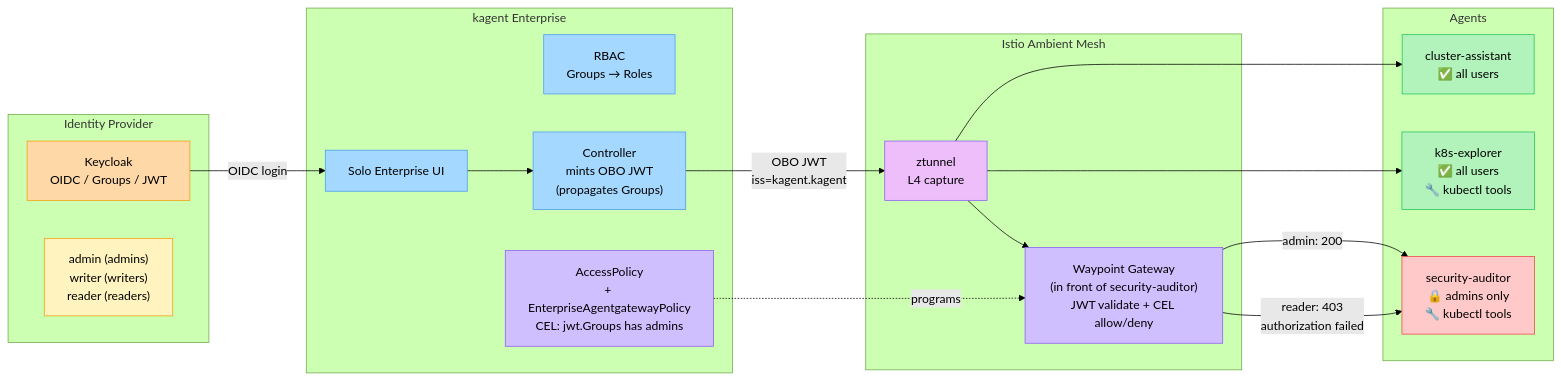
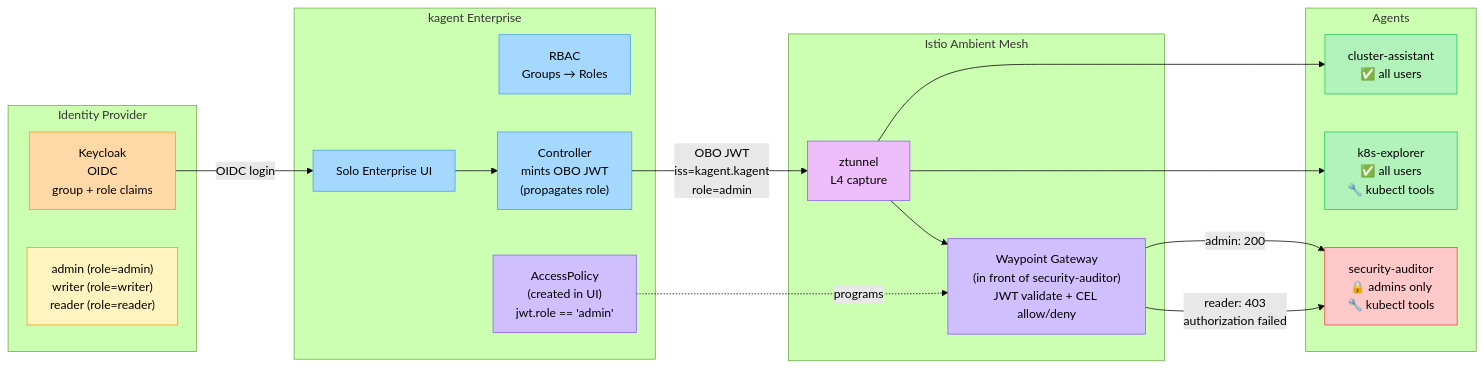
Before and after one commit to coryjett/solo-misc-workshops: the diagram in workshops/kagent-security/docs/architecture.mmd, drawn with Mermaid (forest theme). The commit also changed 3 other files, not shown here.

First line of the commit message:
docs(kagent-security): refresh diagram + README + reconfig.sh for role claim

```diff
--- a/workshops/kagent-security/docs/architecture.mmd
+++ b/workshops/kagent-security/docs/architecture.mmd
@@ -1,45 +1,45 @@
 graph LR
     subgraph IdP["Identity Provider"]
-        KC["Keycloak<br/>OIDC / Groups / JWT"]
-        Users["admin (admins)<br/>writer (writers)<br/>reader (readers)"]
+        KC["Keycloak<br/>OIDC<br/>group + role claims"]
+        Users["admin (role=admin)<br/>writer (role=writer)<br/>reader (role=reader)"]
     end
 
     subgraph KE["kagent Enterprise"]
         UI["Solo Enterprise UI"]
         RBAC["RBAC<br/>Groups → Roles"]
-        CTRL["Controller<br/>mints OBO JWT<br/>(propagates Groups)"]
-        AP["AccessPolicy<br/>+ EnterpriseAgentgatewayPolicy<br/>CEL: jwt.Groups has admins"]
+        CTRL["Controller<br/>mints OBO JWT<br/>(propagates role)"]
+        AP["AccessPolicy<br/>(created in UI)<br/>jwt.role == 'admin'"]
     end
 
     subgraph Mesh["Istio Ambient Mesh"]
         ZT["ztunnel<br/>L4 capture"]
         WP["Waypoint Gateway<br/>(in front of security-auditor)<br/>JWT validate + CEL allow/deny"]
     end
 
     subgraph Agents
         A1["cluster-assistant<br/>✅ all users"]
         A2["k8s-explorer<br/>✅ all users<br/>🔧 kubectl tools"]
         A3["security-auditor<br/>🔒 admins only<br/>🔧 kubectl tools"]
     end
 
     KC -->|OIDC login| UI
     UI --> CTRL
-    CTRL -->|OBO JWT<br/>iss=kagent.kagent| ZT
+    CTRL -->|OBO JWT<br/>iss=kagent.kagent<br/>role=admin| ZT
     ZT --> A1
     ZT --> A2
     ZT --> WP
     WP -->|admin: 200| A3
     WP -->|reader: 403<br/>authorization failed| A3
     AP -.->|programs| WP
 
     style KC fill:#ffd8a8,stroke:#f59e0b
     style Users fill:#fff3bf,stroke:#f59e0b
     style UI fill:#a5d8ff,stroke:#4a9eed
     style RBAC fill:#a5d8ff,stroke:#4a9eed
     style CTRL fill:#a5d8ff,stroke:#4a9eed
     style AP fill:#d0bfff,stroke:#8b5cf6
     style ZT fill:#eebefa,stroke:#8b5cf6
     style WP fill:#d0bfff,stroke:#8b5cf6
     style A1 fill:#b2f2bb,stroke:#22c55e
     style A2 fill:#b2f2bb,stroke:#22c55e
     style A3 fill:#ffc9c9,stroke:#ef4444
```
